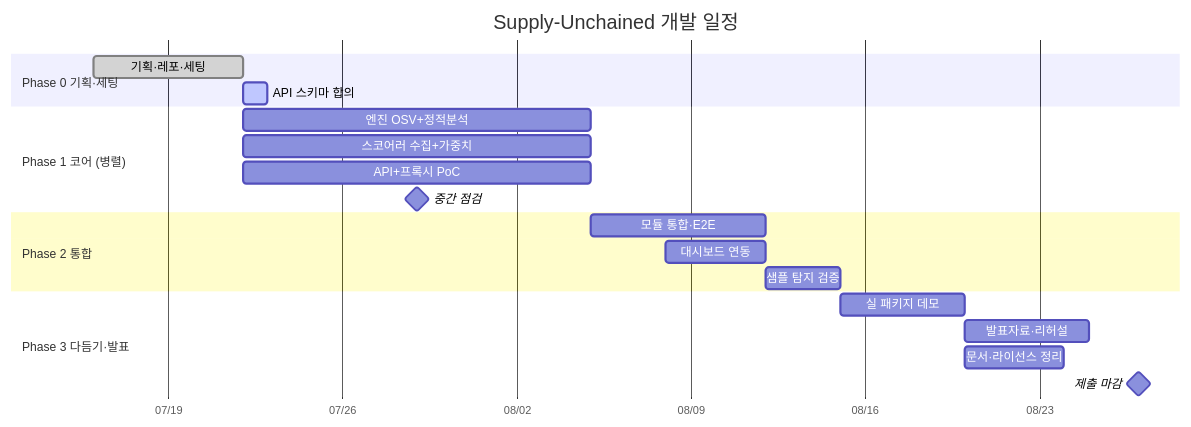
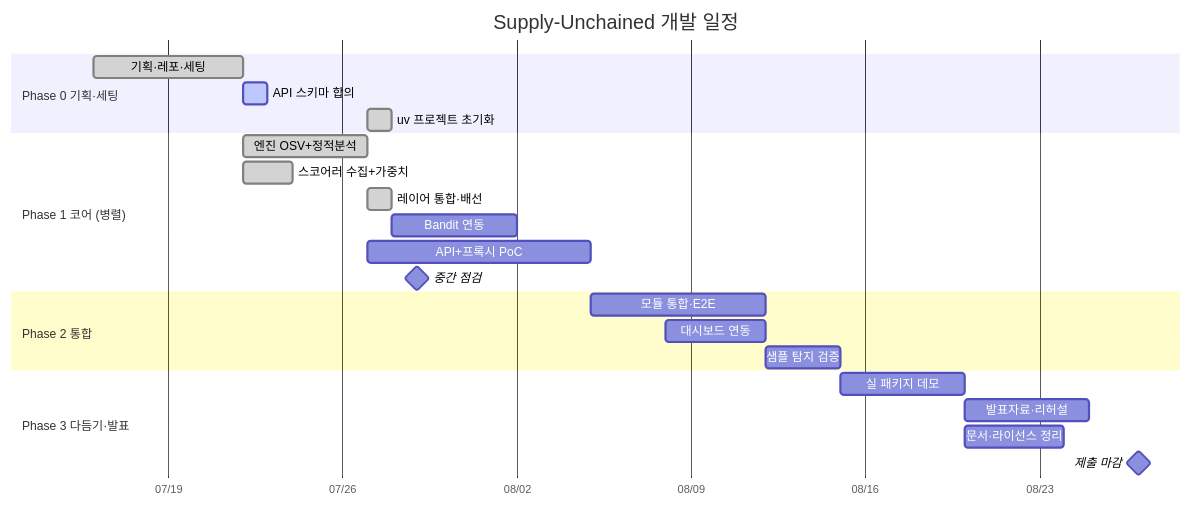
One commit to jeonmin0716002-sketch/Supply-Unchained changed the eighth of 8 diagrams in README.md. Above: the diagram before and after it, drawn with Mermaid. The commit also changed other lines of this file and 1 other file, not shown here.

````diff
--- a/README.md
+++ b/README.md
@@ -413,27 +449,30 @@
 ```mermaid
 gantt
     title Supply-Unchained 개발 일정
     dateFormat YYYY-MM-DD
     axisFormat %m/%d
 
     section Phase 0 기획·세팅
     기획·레포·세팅        :done, p0, 2026-07-16, 2026-07-22
     API 스키마 합의       :active, sch, 2026-07-22, 1d
+    uv 프로젝트 초기화     :done, uvs, 2026-07-27, 1d
 
     section Phase 1 코어 (병렬)
-    엔진 OSV+정적분석     :e1, 2026-07-22, 14d
-    스코어러 수집+가중치   :s1, 2026-07-22, 14d
-    API+프록시 PoC        :a1, 2026-07-22, 14d
+    엔진 OSV+정적분석     :done, e1, 2026-07-22, 2026-07-27
+    스코어러 수집+가중치   :done, s1, 2026-07-22, 2026-07-24
+    레이어 통합·배선       :done, wire, 2026-07-27, 1d
+    Bandit 연동           :b1, 2026-07-28, 5d
+    API+프록시 PoC        :a1, 2026-07-27, 9d
     중간 점검             :milestone, mid, 2026-07-29, 0d
 
     section Phase 2 통합
     모듈 통합·E2E         :int, 2026-08-05, 7d
     대시보드 연동         :dash, 2026-08-08, 4d
     샘플 탐지 검증        :test, 2026-08-12, 3d
 
     section Phase 3 다듬기·발표
     실 패키지 데모        :demo, 2026-08-15, 5d
     발표자료·리허설       :pt, 2026-08-20, 5d
     문서·라이선스 정리    :doc, 2026-08-20, 4d
     제출 마감            :milestone, ddl, 2026-08-27, 0d
 ```
````
